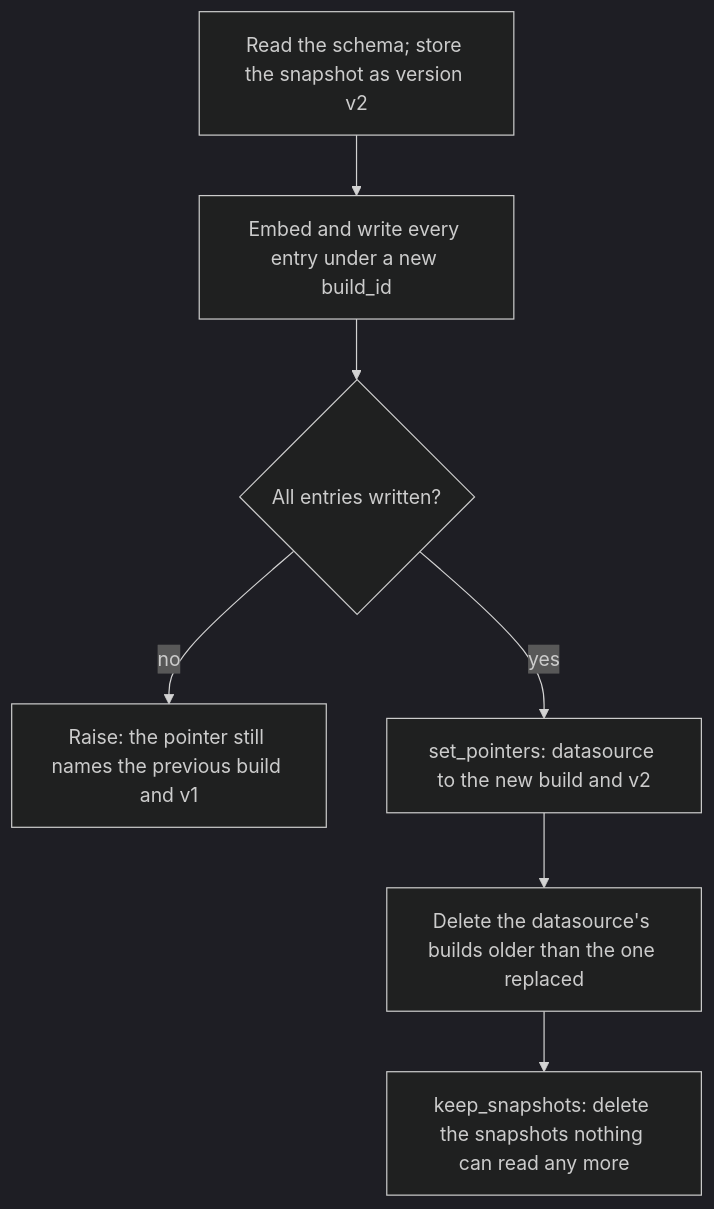
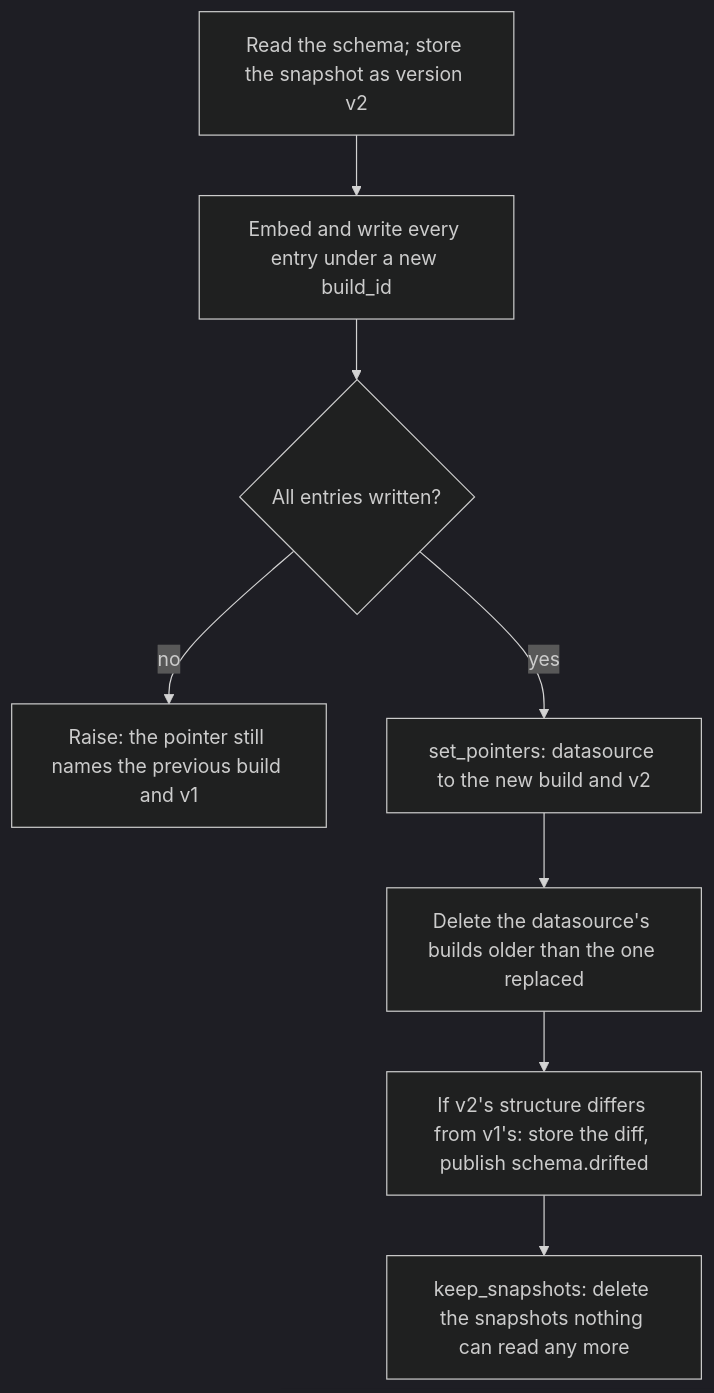
Before and after one commit to nadeem4/nl2sql: the second of 3 diagrams in docs/architecture/indexing.md, drawn with Mermaid (dark theme). The commit also changed other lines of this file and 36 other files, not shown here.

First line of the commit message:
feat(schema): schema drift: check, diff, impact (D1) (#327)

````diff
--- a/docs/architecture/indexing.md
+++ b/docs/architecture/indexing.md
@@ -138,9 +138,10 @@
 ```mermaid
 flowchart TD
     A[Read the schema; store the snapshot as version v2] --> B[Embed and write every entry under a new build_id]
     B --> C{All entries written?}
     C -->|no| D[Raise: the pointer still names the previous build and v1]
     C -->|yes| E[set_pointers: datasource to the new build and v2]
     E --> F[Delete the datasource's builds older than the one replaced]
-    F --> G[keep_snapshots: delete the snapshots nothing can read any more]
+    F --> H[If v2's structure differs from v1's: store the diff, publish schema.drifted]
+    H --> G[keep_snapshots: delete the snapshots nothing can read any more]
 ```
````
